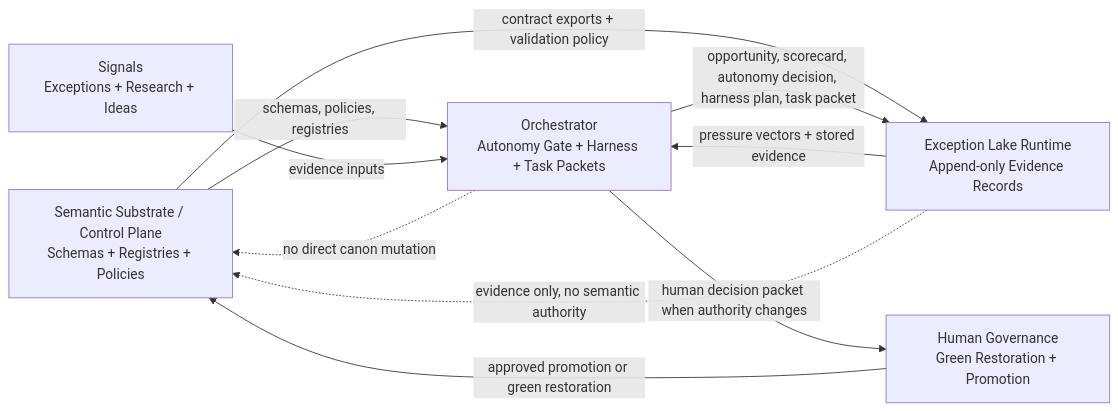
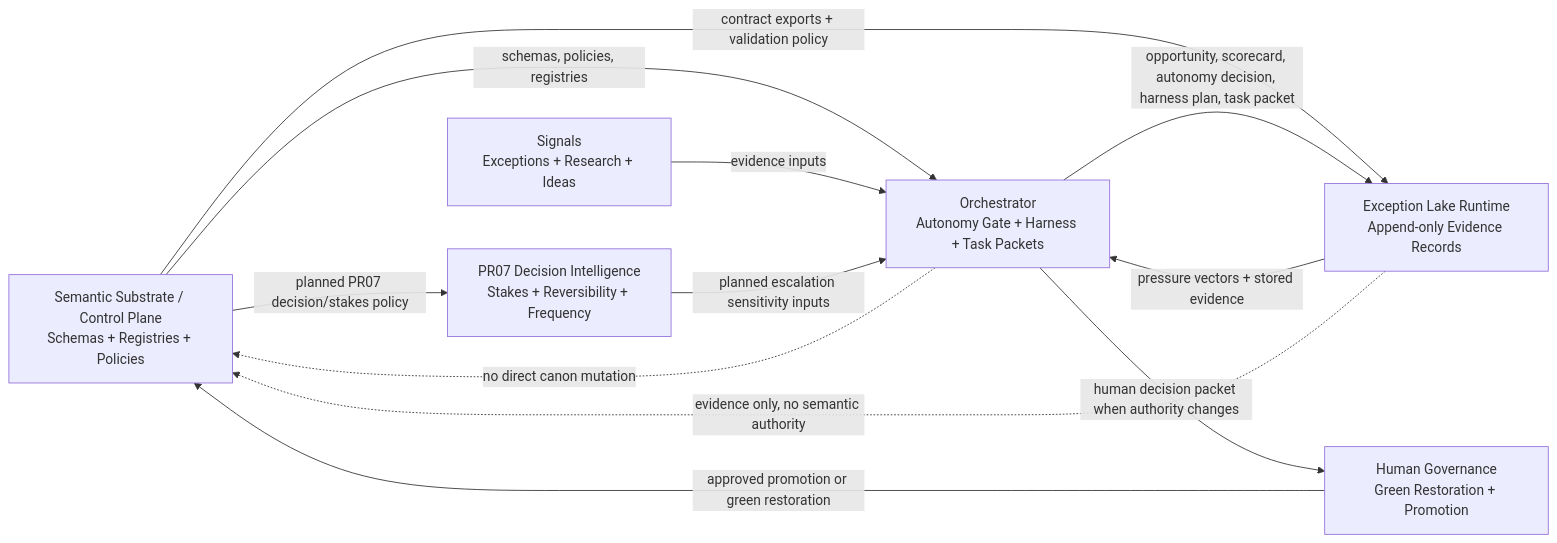
Before and after one commit to lowelltwong-alt/LawFirm-os-semantic-substrate: the first of 2 diagrams in DATA_FLOW_MAP.md, drawn with Mermaid. The commit also changed other lines of this file and 6 other files, not shown here.

Commit message:
Add PR07 decision intelligence roadmap

````diff
--- a/DATA_FLOW_MAP.md
+++ b/DATA_FLOW_MAP.md
@@ -27,19 +29,22 @@
 ```mermaid
 flowchart LR
     SS["Semantic Substrate / Control Plane\nSchemas + Registries + Policies"]
     OR["Orchestrator\nAutonomy Gate + Harness + Task Packets"]
     EL["Exception Lake Runtime\nAppend-only Evidence Records"]
     HUM["Human Governance\nGreen Restoration + Promotion"]
     SIG["Signals\nExceptions + Research + Ideas"]
+    DEC["PR07 Decision Intelligence\nStakes + Reversibility + Frequency"]
 
     SS -->|"schemas, policies, registries"| OR
     SS -->|"contract exports + validation policy"| EL
     SIG -->|"evidence inputs"| OR
+    SS -->|"planned PR07 decision/stakes policy"| DEC
+    DEC -->|"planned escalation sensitivity inputs"| OR
     OR -->|"opportunity, scorecard, autonomy decision, harness plan, task packet"| EL
     EL -->|"pressure vectors + stored evidence"| OR
     OR -->|"human decision packet when authority changes"| HUM
     HUM -->|"approved promotion or green restoration"| SS
 
     OR -. "no direct canon mutation" .-> SS
     EL -. "evidence only, no semantic authority" .-> SS
 ```
````
